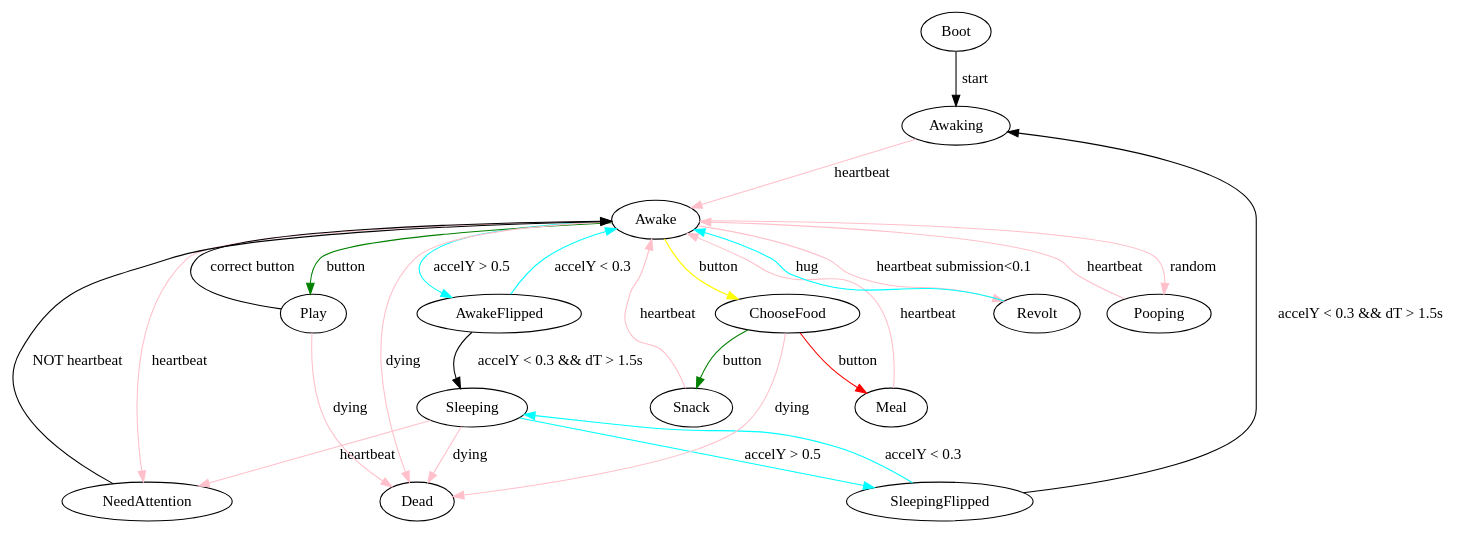
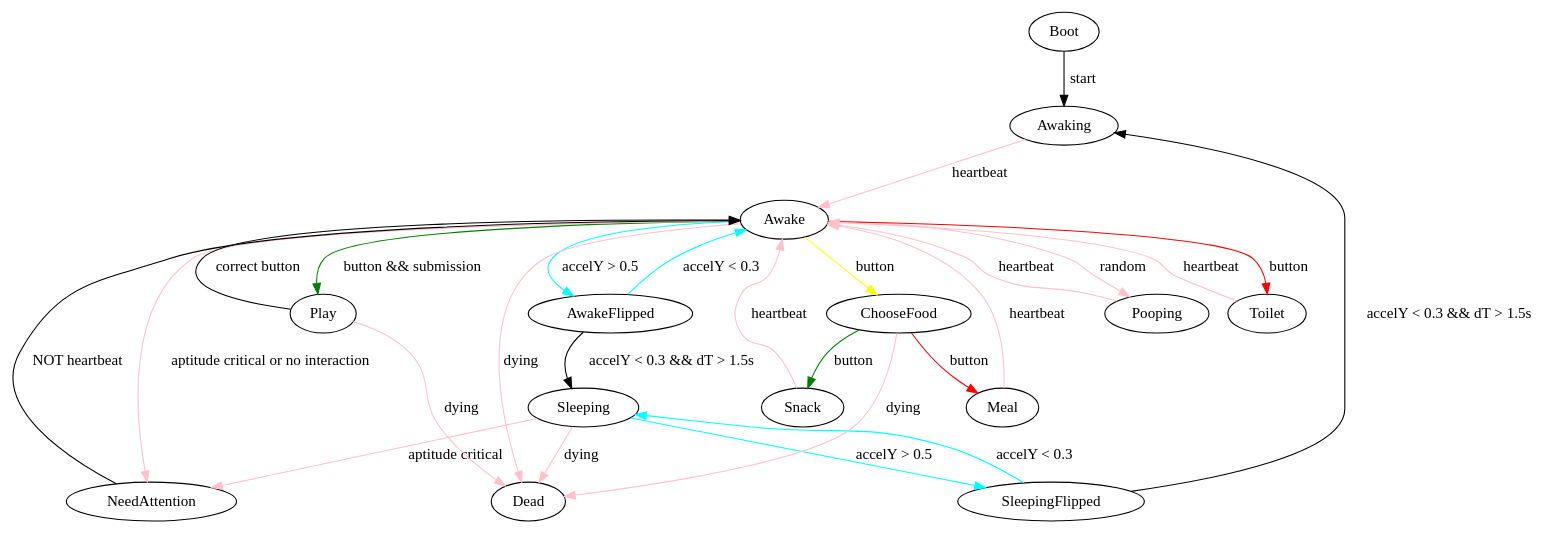
One commit to titouanc/sicp-project changed the diagram in states.dot. Above: the diagram before and after it, drawn with Graphviz. The commit also changed 4 other files, not shown here.

```diff
--- a/states.dot
+++ b/states.dot
@@ -1,36 +1,35 @@
 digraph virtualpet {
     Boot -> Awaking [label="start"];
     Awaking -> Awake [label="heartbeat", color="pink"];
 
     Awake -> AwakeFlipped [label="accelY > 0.5", color="cyan"];
     AwakeFlipped -> Awake [label="accelY < 0.3", color="cyan"];
     AwakeFlipped -> Sleeping [label="accelY < 0.3 && dT > 1.5s"];
-
     Sleeping -> SleepingFlipped [label="accelY > 0.5", color="cyan"];
     SleepingFlipped -> Sleeping [label="accelY < 0.3", color="cyan"];
     SleepingFlipped -> Awaking [label="accelY < 0.3 && dT > 1.5s"];
 
-    Awake -> Play [label="button", color="green"];
+    Awake -> Play [label="button && submission", color="green"];
     Play -> Awake [label="correct button"];
 
-    Sleeping -> NeedAttention [label="heartbeat", color="pink"];
-    Awake -> NeedAttention [label="heartbeat", color="pink"];
+    Sleeping -> NeedAttention [label="aptitude critical", color="pink"];
+    Awake -> NeedAttention [label="aptitude critical or no interaction", color="pink"];
     NeedAttention -> Awake [label="NOT heartbeat"];
 
     Awake -> ChooseFood [label="button", color="yellow"];
     ChooseFood -> Snack [label="button", color="green"];
     ChooseFood -> Meal  [label="button", color="red"];
     Snack -> Awake [label="heartbeat", color="pink"];
     Meal -> Awake [label="heartbeat", color="pink"];
 
-    Awake -> Revolt [label="heartbeat submission<0.1", color="pink"];
-    Revolt -> Awake [label="hug", color="cyan"];
-
     Awake -> Dead [label="dying", color="pink"];
     Sleeping -> Dead [label="dying", color="pink"];
     Play -> Dead [label="dying", color="pink"];
     ChooseFood -> Dead [label="dying", color="pink"];
 
     Awake -> Pooping [label="random", color="pink"];
     Pooping -> Awake [label="heartbeat", color="pink"];
+
+    Awake -> Toilet [label="button", color="red"];
+    Toilet -> Awake [label="heartbeat", color="pink"];
 }
```
